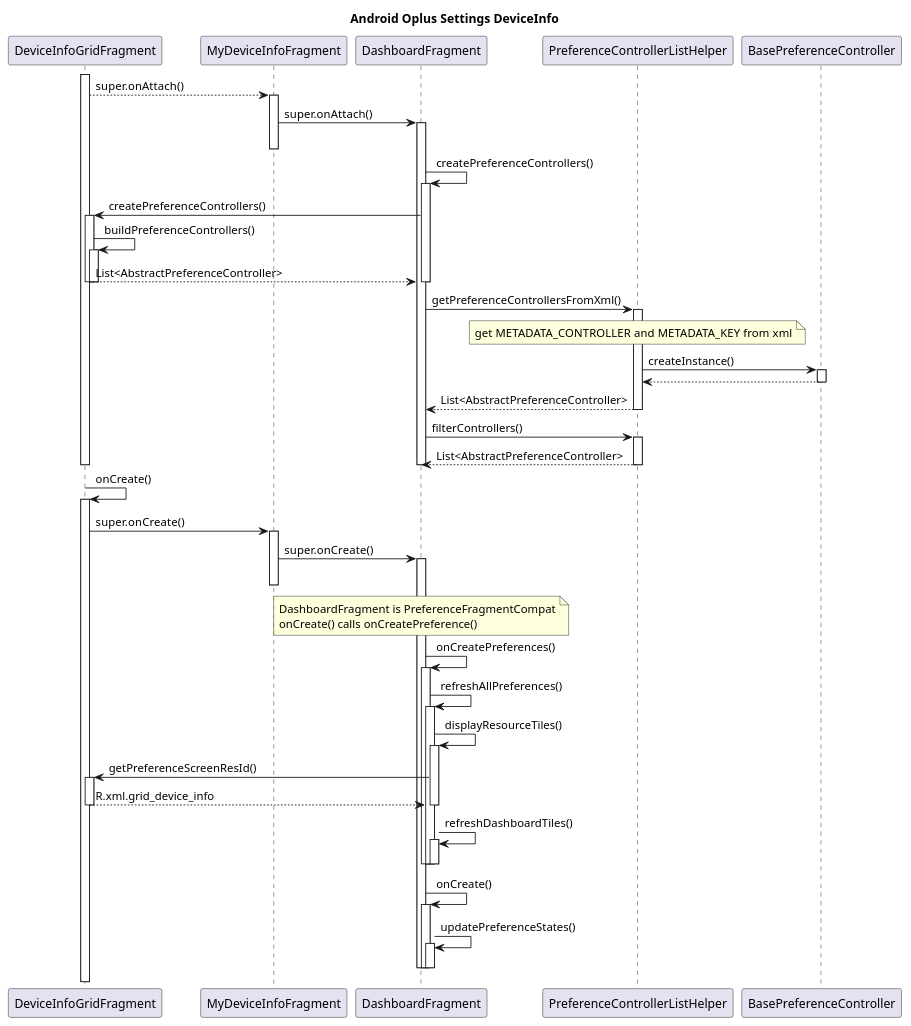
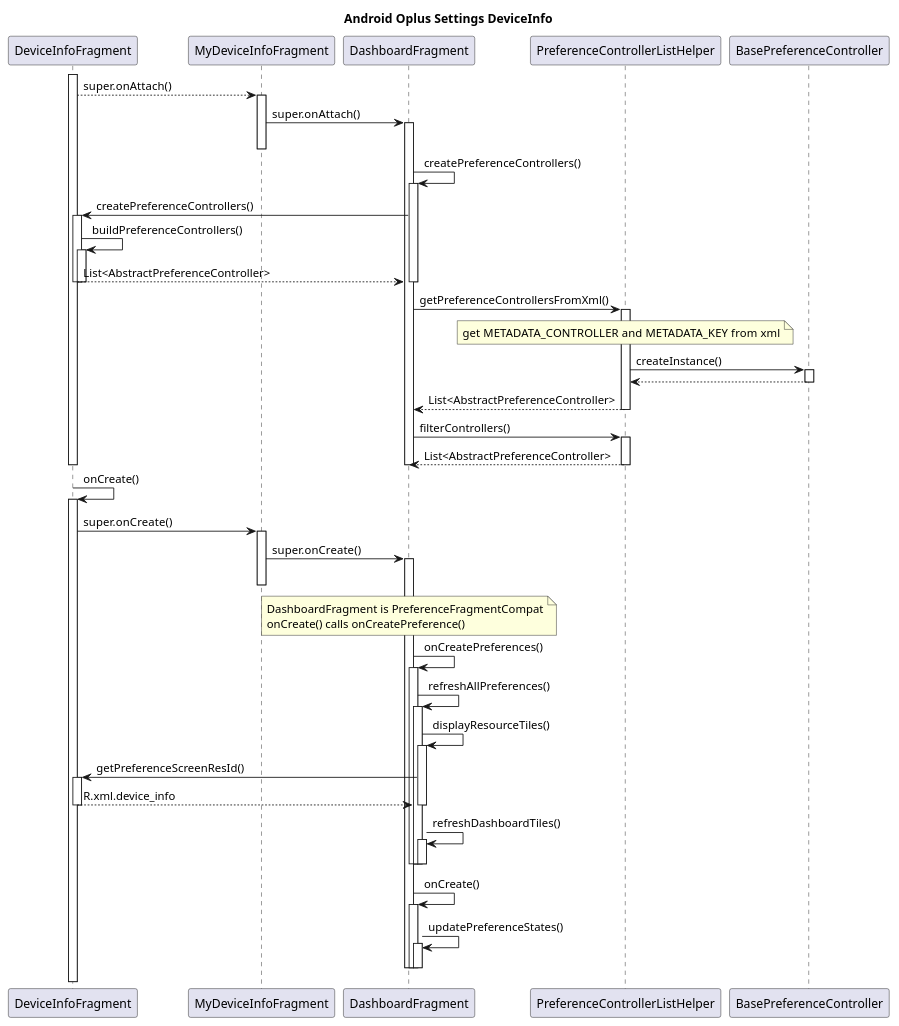
The diagram in Android Phone/Android UI/Android Settings/Android Oplus Settings DeviceInfo.wsd (ShangjinTang/PlantUML), drawn with PlantUML before and after one commit. The commit also changed 1 other file, not shown here.

Commit message:
Modify for Android S use DeviceInfoFragment instead of DeviceInfoGridFragment

```diff
--- a/Android Phone/Android UI/Android Settings/Android Oplus Settings DeviceInfo.wsd
+++ b/Android Phone/Android UI/Android Settings/Android Oplus Settings DeviceInfo.wsd
@@ -1,53 +1,53 @@
 @startuml
 title Android Oplus Settings DeviceInfo
 
-DeviceInfoGridFragment ++
-DeviceInfoGridFragment --> MyDeviceInfoFragment ++: super.onAttach()
+DeviceInfoFragment ++
+DeviceInfoFragment --> MyDeviceInfoFragment ++: super.onAttach()
 MyDeviceInfoFragment -> DashboardFragment ++: super.onAttach()
 MyDeviceInfoFragment --
 
 DashboardFragment -> DashboardFragment ++: createPreferenceControllers()
-DashboardFragment -> DeviceInfoGridFragment ++: createPreferenceControllers()
-DeviceInfoGridFragment -> DeviceInfoGridFragment ++: buildPreferenceControllers()
-DeviceInfoGridFragment --> DashboardFragment --: List<AbstractPreferenceController>
-DeviceInfoGridFragment --
+DashboardFragment -> DeviceInfoFragment ++: createPreferenceControllers()
+DeviceInfoFragment -> DeviceInfoFragment ++: buildPreferenceControllers()
+DeviceInfoFragment --> DashboardFragment --: List<AbstractPreferenceController>
+DeviceInfoFragment --
 DashboardFragment --
 
 DashboardFragment -> PreferenceControllerListHelper ++: getPreferenceControllersFromXml()
   note over PreferenceControllerListHelper: get METADATA_CONTROLLER and METADATA_KEY from xml
   PreferenceControllerListHelper -> BasePreferenceController ++: createInstance()
   BasePreferenceController --> PreferenceControllerListHelper --
 PreferenceControllerListHelper --> DashboardFragment --: List<AbstractPreferenceController>
 
 DashboardFragment -> PreferenceControllerListHelper ++: filterControllers()
 PreferenceControllerListHelper --> DashboardFragment --: List<AbstractPreferenceController>
 
 DashboardFragment --
-DeviceInfoGridFragment --
+DeviceInfoFragment --
 
 
-DeviceInfoGridFragment -> DeviceInfoGridFragment ++: onCreate()
-DeviceInfoGridFragment -> MyDeviceInfoFragment ++: super.onCreate()
+DeviceInfoFragment -> DeviceInfoFragment ++: onCreate()
+DeviceInfoFragment -> MyDeviceInfoFragment ++: super.onCreate()
 MyDeviceInfoFragment -> DashboardFragment ++: super.onCreate()
 MyDeviceInfoFragment --
 
 note over DashboardFragment: DashboardFragment is PreferenceFragmentCompat\nonCreate() calls onCreatePreference()
 DashboardFragment -> DashboardFragment ++: onCreatePreferences()
 DashboardFragment -> DashboardFragment ++: refreshAllPreferences()
 DashboardFragment -> DashboardFragment ++: displayResourceTiles()
-DashboardFragment -> DeviceInfoGridFragment ++: getPreferenceScreenResId()
-DeviceInfoGridFragment --> DashboardFragment --: R.xml.grid_device_info
+DashboardFragment -> DeviceInfoFragment ++: getPreferenceScreenResId()
+DeviceInfoFragment --> DashboardFragment --: R.xml.device_info
 
 DashboardFragment --
 DashboardFragment -> DashboardFragment ++: refreshDashboardTiles()
 DashboardFragment --
 DashboardFragment --
 DashboardFragment --
 
 DashboardFragment -> DashboardFragment ++: onCreate()
 DashboardFragment -> DashboardFragment ++: updatePreferenceStates()
 DashboardFragment --
 DashboardFragment --
 DashboardFragment --
 
 @enduml
```
